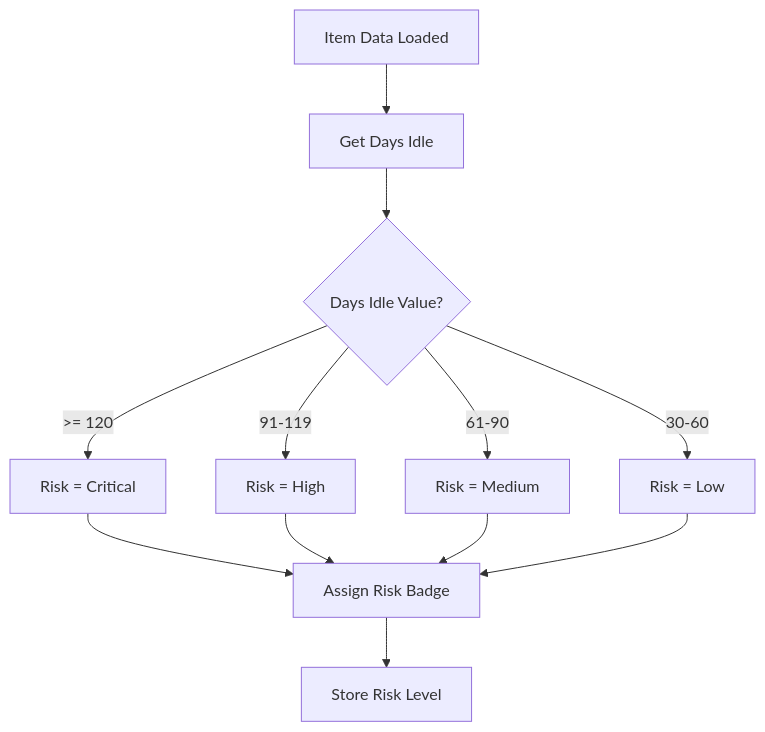
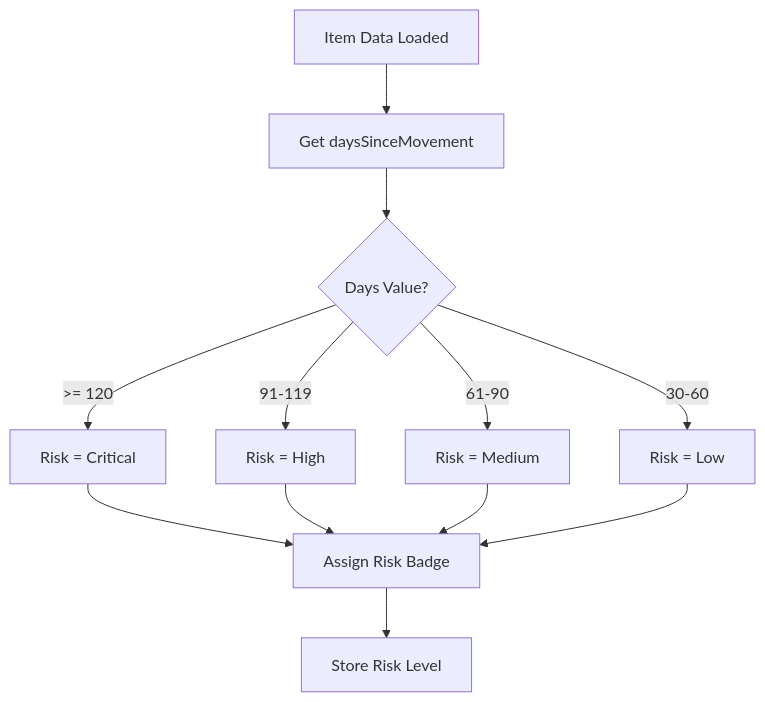
One commit to PeakMNA/carmen changed the second of 18 diagrams in docs/app/inventory-management/stock-overview/slow-moving/FD-slow-moving.md. Above: the diagram before and after it, drawn with Mermaid. The commit also changed other lines of this file and 473 other files, not shown here.

````diff
--- a/docs/app/inventory-management/stock-overview/slow-moving/FD-slow-moving.md
+++ b/docs/app/inventory-management/stock-overview/slow-moving/FD-slow-moving.md
@@ -37,14 +46,14 @@
 ```mermaid
 flowchart TD
-    A[Item Data Loaded] --> B[Get Days Idle]
-    B --> C{Days Idle Value?}
+    A[Item Data Loaded] --> B[Get daysSinceMovement]
+    B --> C{Days Value?}
     C -->|>= 120| D[Risk = Critical]
     C -->|91-119| E[Risk = High]
     C -->|61-90| F[Risk = Medium]
     C -->|30-60| G[Risk = Low]
     D --> H[Assign Risk Badge]
     E --> H
     F --> H
     G --> H
     H --> I[Store Risk Level]
 ```
````
